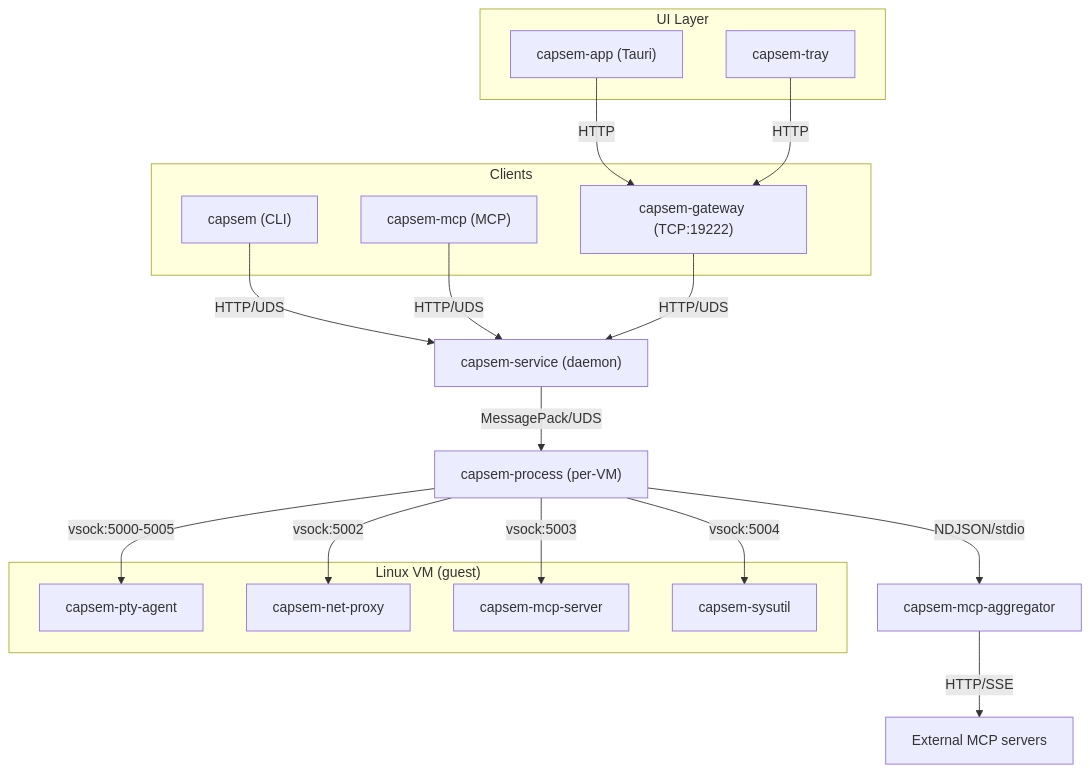
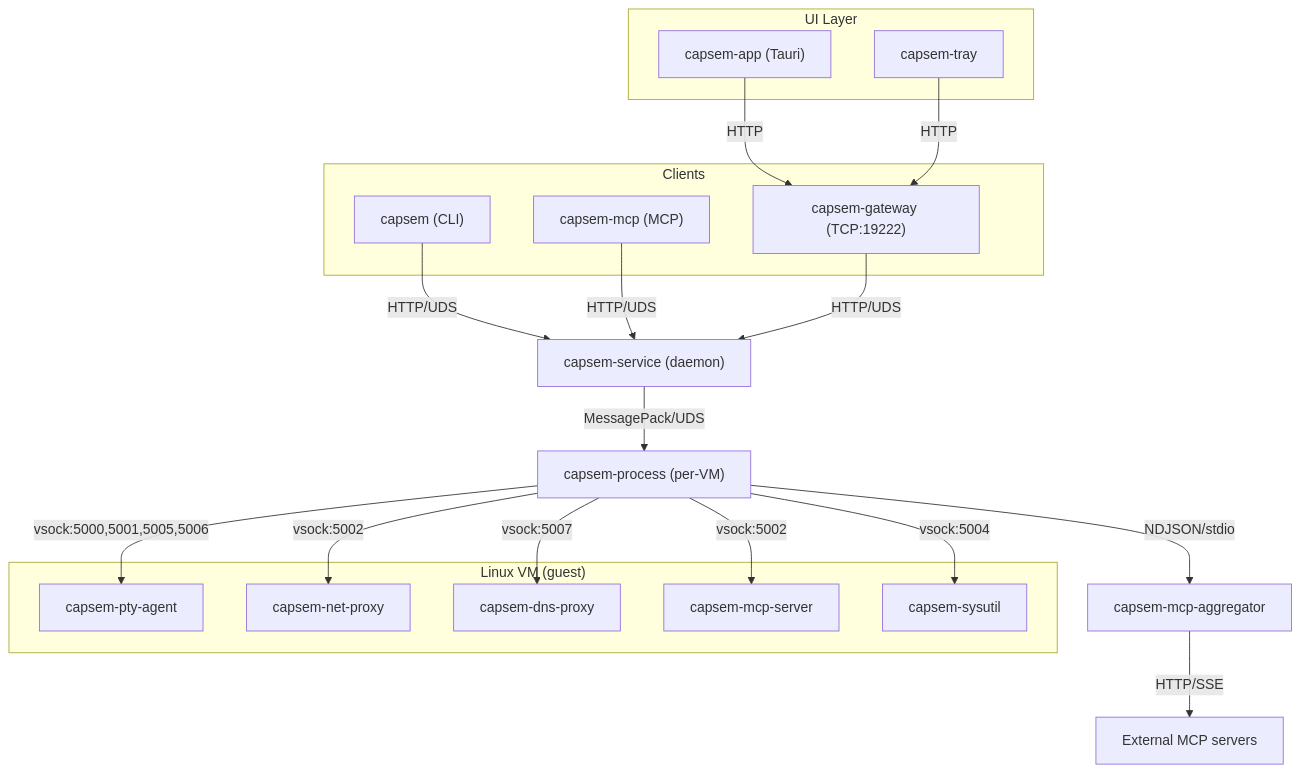
One commit to google/capsem changed the diagram in docs/src/content/docs/architecture/service-architecture.md. Above: the diagram before and after it, drawn with Mermaid. The commit also changed other lines of this file and 552 other files, not shown here.

````diff
--- a/docs/src/content/docs/architecture/service-architecture.md
+++ b/docs/src/content/docs/architecture/service-architecture.md
@@ -41,39 +42,41 @@
 ```mermaid
 graph TD
     subgraph Clients
         CLI["capsem (CLI)"]
         MCP["capsem-mcp (MCP)"]
         GW["capsem-gateway (TCP:19222)"]
     end
 
     subgraph "UI Layer"
         APP["capsem-app (Tauri)"]
         TRAY["capsem-tray"]
     end
 
     APP -->|HTTP| GW
     TRAY -->|HTTP| GW
 
     CLI -->|HTTP/UDS| SVC
     MCP -->|HTTP/UDS| SVC
     GW -->|HTTP/UDS| SVC
 
     SVC["capsem-service (daemon)"]
 
     SVC -->|"MessagePack/UDS"| PROC["capsem-process (per-VM)"]
 
     PROC -->|"NDJSON/stdio"| AGG["capsem-mcp-aggregator"]
     AGG -->|"HTTP/SSE"| EXT["External MCP servers"]
 
     subgraph "Linux VM (guest)"
         AGENT["capsem-pty-agent"]
         NETPROXY["capsem-net-proxy"]
+        DNSPROXY["capsem-dns-proxy"]
         MCPGW["capsem-mcp-server"]
         SYSUTIL["capsem-sysutil"]
     end
 
-    PROC -->|"vsock:5000-5005"| AGENT
+    PROC -->|"vsock:5000,5001,5005,5006"| AGENT
     PROC -->|"vsock:5002"| NETPROXY
-    PROC -->|"vsock:5003"| MCPGW
+    PROC -->|"vsock:5007"| DNSPROXY
+    PROC -->|"vsock:5002"| MCPGW
     PROC -->|"vsock:5004"| SYSUTIL
 ```
````
